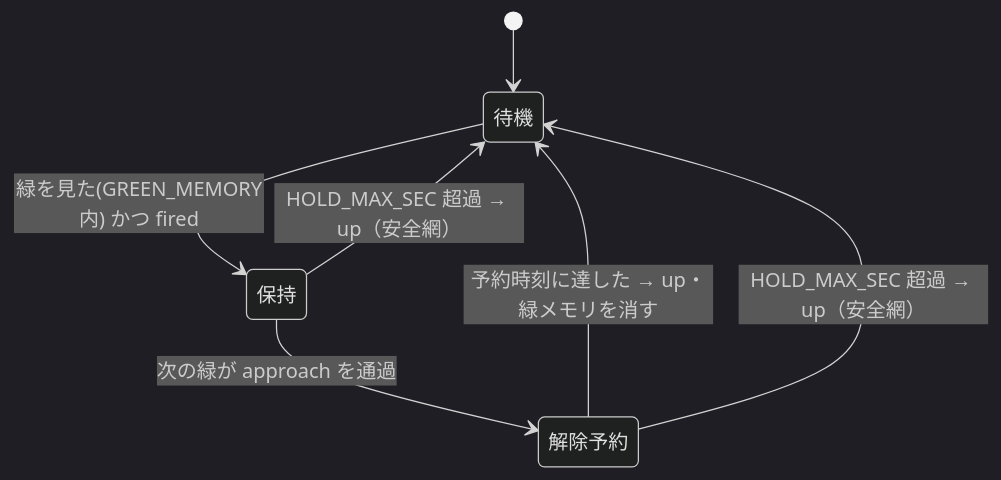
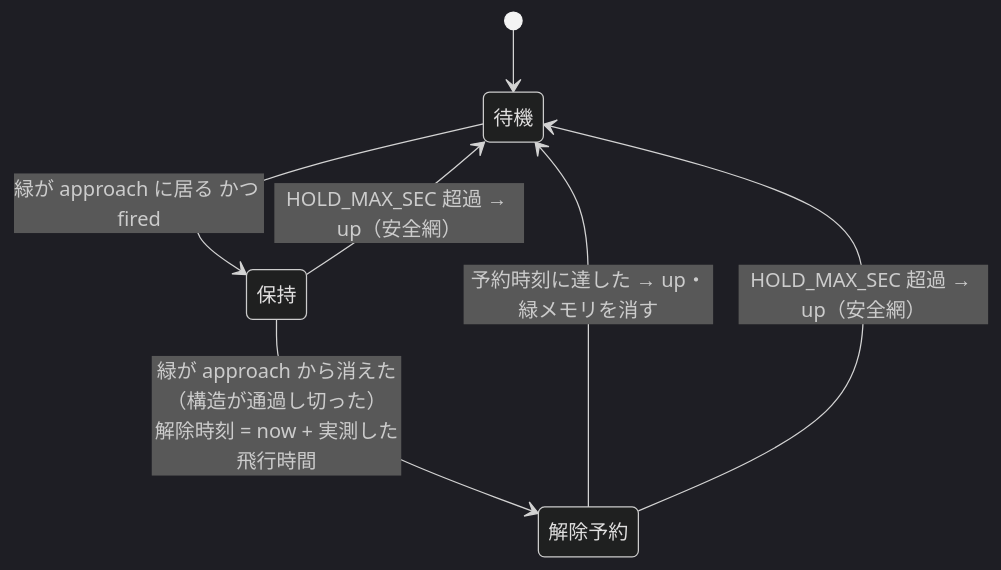
The diagram in docs/superpowers/specs/2026-08-04-green-hold-design.md (yo4raw/i7_autoplay), drawn with Mermaid (dark theme) before and after one commit. The commit also changed other lines of this file and 3 other files, not shown here.

````diff
--- a/docs/superpowers/specs/2026-08-04-green-hold-design.md
+++ b/docs/superpowers/specs/2026-08-04-green-hold-design.md
@@ -103,9 +130,9 @@
 ```mermaid
 stateDiagram-v2
     [*] --> 待機
-    待機 --> 保持: 緑を見た(GREEN_MEMORY内) かつ fired
-    保持 --> 解除予約: 次の緑が approach を通過
+    待機 --> 保持: 緑が approach に居る かつ fired
+    保持 --> 解除予約: 緑が approach から消えた（構造が通過し切った）<br/>解除時刻 = now + 実測した飛行時間
     解除予約 --> 待機: 予約時刻に達した → up・緑メモリを消す
     保持 --> 待機: HOLD_MAX_SEC 超過 → up（安全網）
     解除予約 --> 待機: HOLD_MAX_SEC 超過 → up（安全網）
 ```
````
